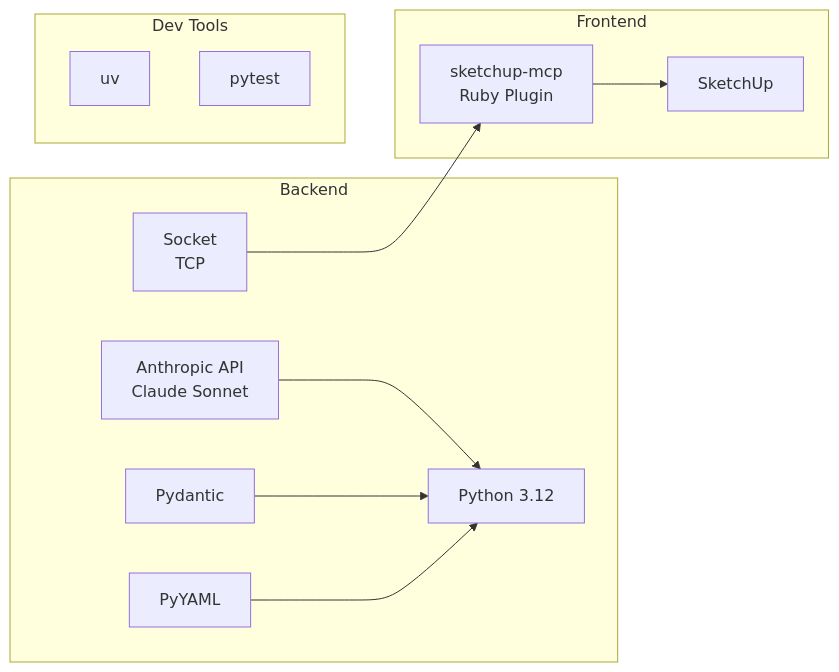
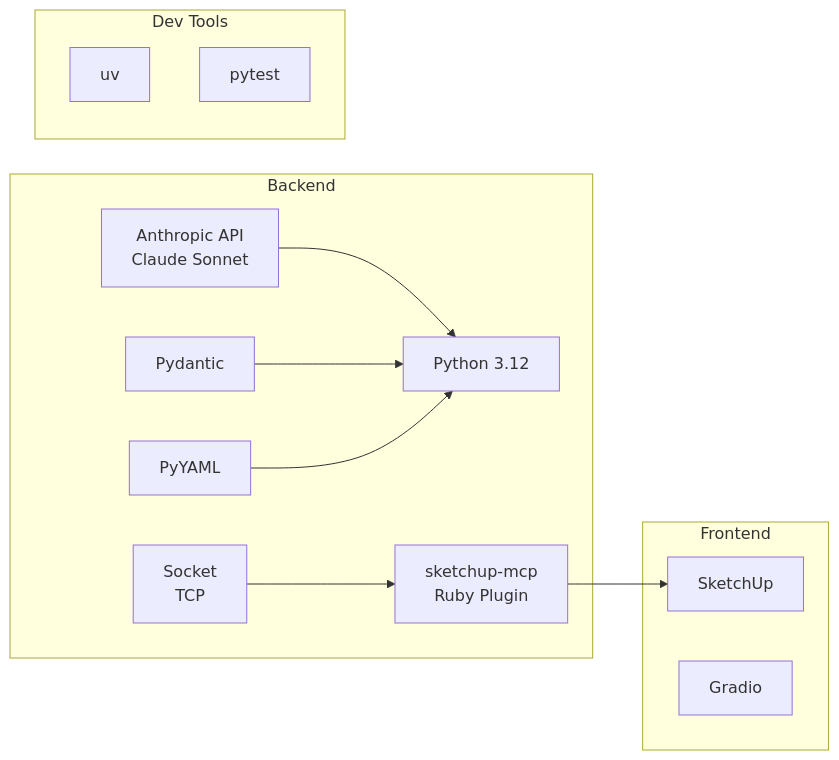
Before and after one commit to maxyzhu/atelier.ai: the diagram in README.md, drawn with Mermaid. The commit also changed 1 other file, not shown here.

Commit message:
vibe coding on recorder

````diff
--- a/README.md
+++ b/README.md
@@ -10,26 +10,28 @@
 ```mermaid
 graph LR
     subgraph Backend
         A[Python 3.12]
         B[Anthropic API\nClaude Sonnet]
         C[Pydantic]
         D[PyYAML]
         E[Socket\nTCP]
+        G[sketchup-mcp\nRuby Plugin]
     end
 
     subgraph Frontend
         F[SketchUp]
-        G[sketchup-mcp\nRuby Plugin]
+        J[Gradio]
+
     end
 
     subgraph Dev Tools
         H[uv]
         I[pytest]
     end
 
     E --> G
     G --> F
     B --> A
     C --> A
     D --> A
 ```
````
